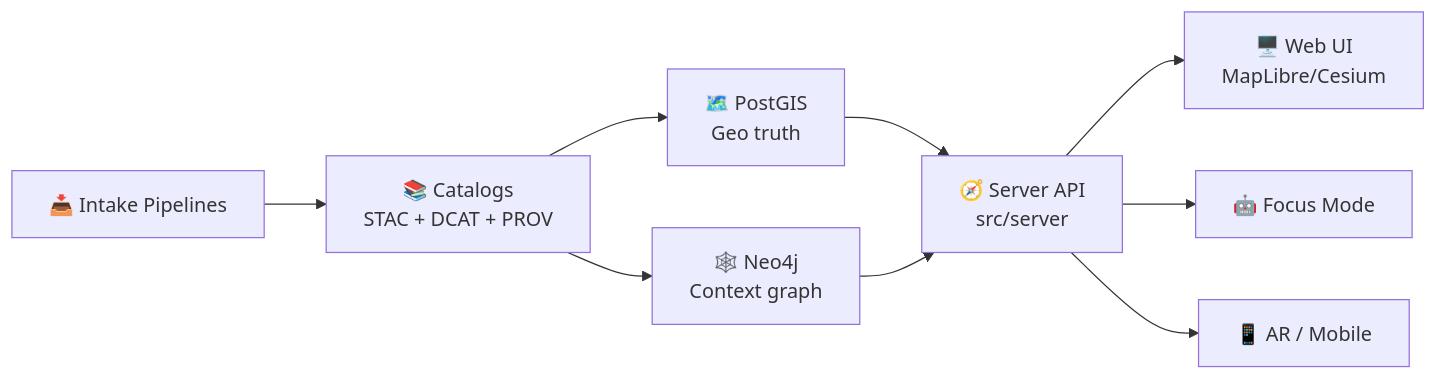
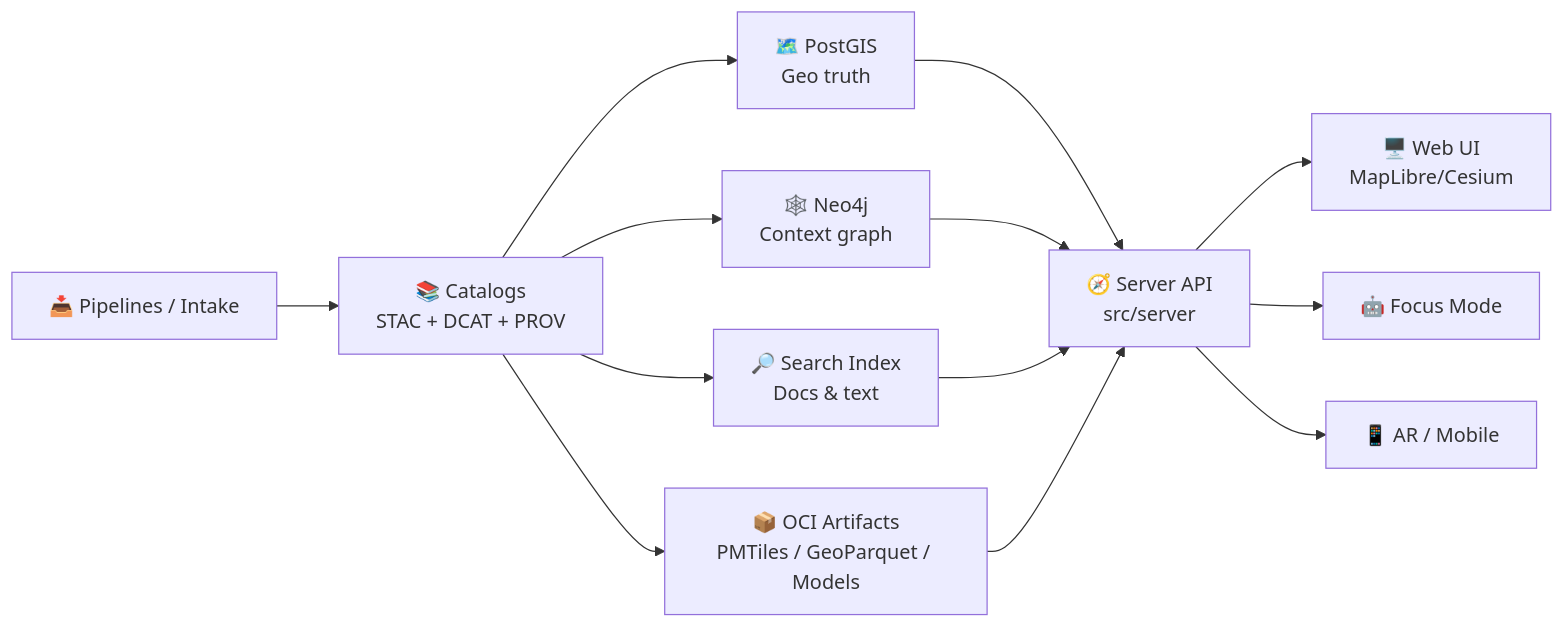
The first of 3 diagrams in src/server/README.md (bartytime4life/Kansas-Frontier-Matrix), drawn with Mermaid before and after one commit. The commit also changed other lines of this file, not shown here.

````diff
--- a/src/server/README.md
+++ b/src/server/README.md
@@ -90,11 +137,15 @@
 ```mermaid
 flowchart LR
-  A[📥 Intake Pipelines] --> B[📚 Catalogs<br/>STAC + DCAT + PROV]
+  A[📥 Pipelines / Intake] --> B[📚 Catalogs<br/>STAC + DCAT + PROV]
   B --> C[🗺️ PostGIS<br/>Geo truth]
   B --> D[🕸️ Neo4j<br/>Context graph]
+  B --> S[🔎 Search Index<br/>Docs & text]
+  B --> O[📦 OCI Artifacts<br/>PMTiles / GeoParquet / Models]
   C --> E[🧭 Server API<br/>src/server]
   D --> E
+  S --> E
+  O --> E
   E --> F[🖥️ Web UI<br/>MapLibre/Cesium]
   E --> G[🤖 Focus Mode]
   E --> H[📱 AR / Mobile]
 ```
````
